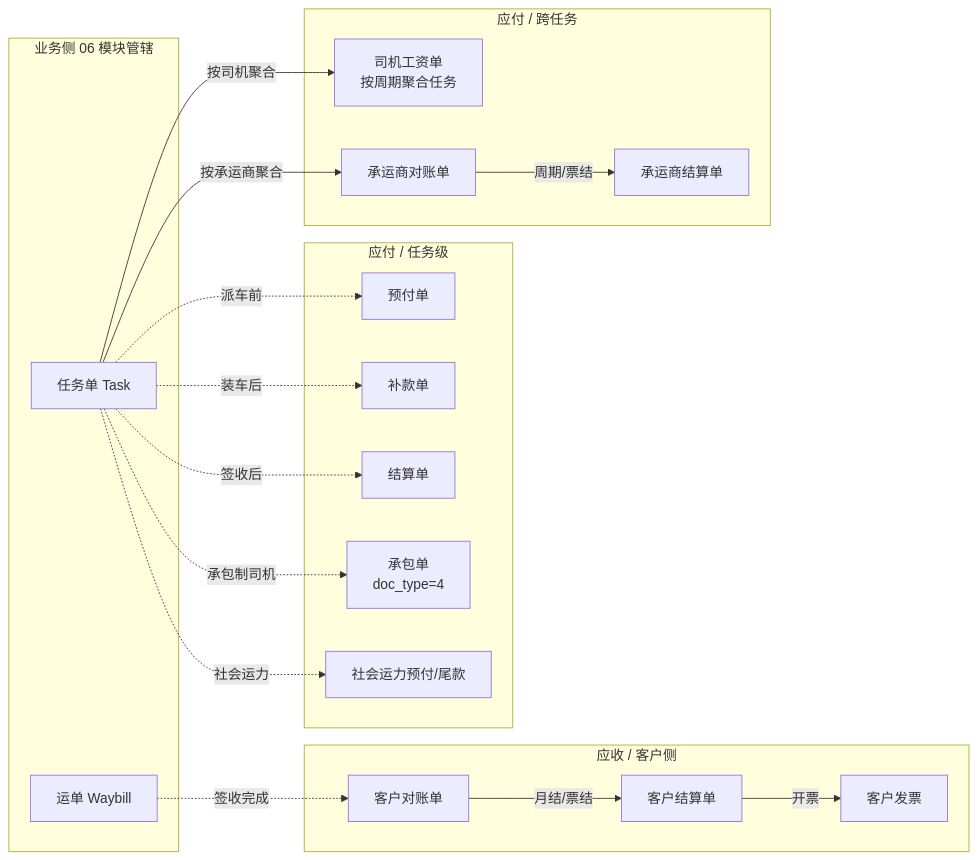
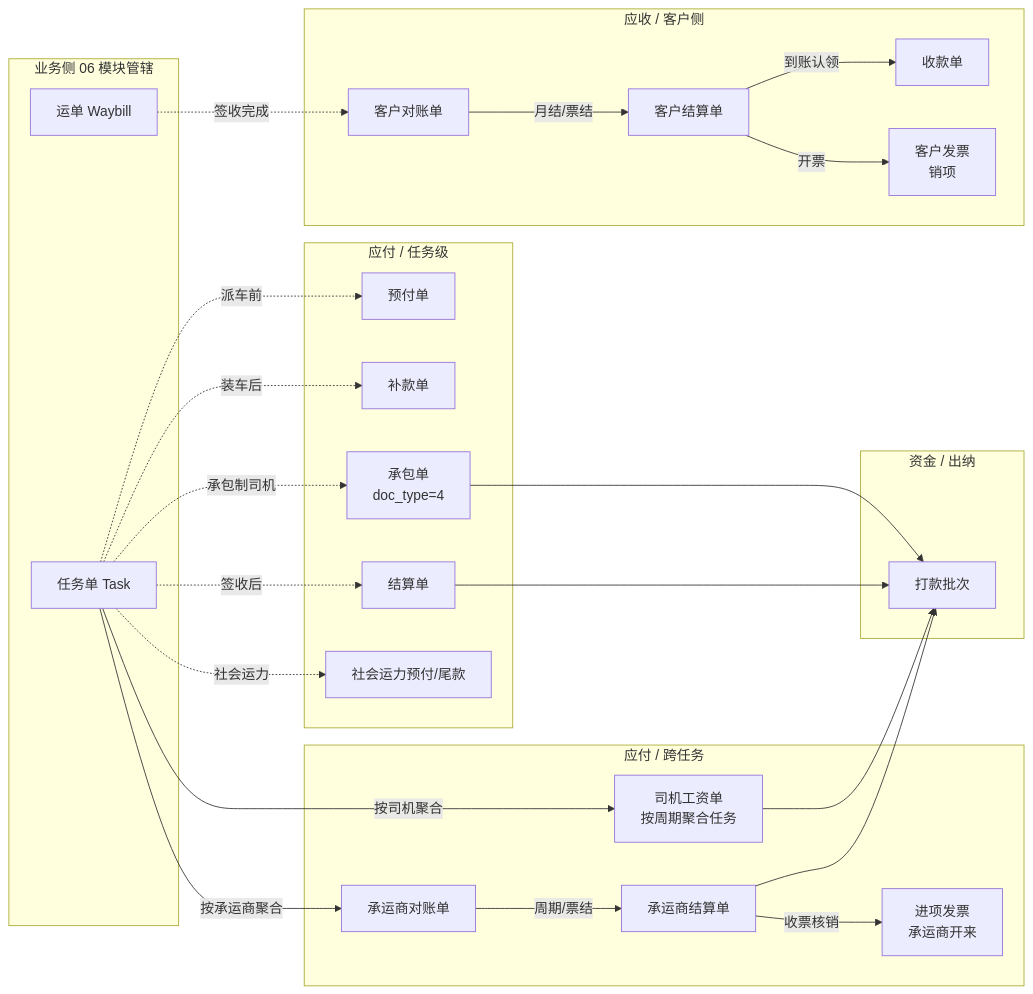
One commit to lei-happy/duoling changed the first of 2 diagrams in doc/02.需求文档/02.企业端/07.财务结算模块/00.模块总览.md. Above: the diagram before and after it, drawn with Mermaid. The commit also changed other lines of this file and 207 other files, not shown here.

````diff
--- a/doc/02.需求文档/02.企业端/07.财务结算模块/00.模块总览.md
+++ b/doc/02.需求文档/02.企业端/07.财务结算模块/00.模块总览.md
@@ -66,41 +82,54 @@
 ```mermaid
 flowchart LR
     subgraph biz [业务侧 06 模块管辖]
         Wb["运单 Waybill"]
         Task["任务单 Task"]
     end
 
     subgraph fin_recv [应收 / 客户侧]
         CustRec["客户对账单"]
         CustSet["客户结算单"]
-        CustInv["客户发票"]
+        Receipt["收款单"]
+        CustInv["客户发票<br/>销项"]
     end
 
     subgraph fin_pay_task [应付 / 任务级]
         Prepay["预付单"]
         Supplement["补款单"]
         Settle["结算单"]
         Contract["承包单<br/>doc_type=4"]
         SocialPrepay["社会运力预付/尾款"]
     end
 
     subgraph fin_pay_long [应付 / 跨任务]
         DriverPay["司机工资单<br/>按周期聚合任务"]
         CarRec["承运商对账单"]
         CarSet["承运商结算单"]
+        VendInv["进项发票<br/>承运商开来"]
+    end
+
+    subgraph fin_fund [资金 / 出纳]
+        PayBatch["打款批次"]
     end
 
     Wb -.签收完成.-> CustRec
     CustRec -- 月结/票结 --> CustSet
+    CustSet -- 到账认领 --> Receipt
     CustSet -- 开票 --> CustInv
 
     Task -.派车前.-> Prepay
     Task -.装车后.-> Supplement
     Task -.签收后.-> Settle
     Task -.承包制司机.-> Contract
     Task -.社会运力.-> SocialPrepay
 
     Task -- 按司机聚合 --> DriverPay
     Task -- 按承运商聚合 --> CarRec
     CarRec -- 周期/票结 --> CarSet
+    CarSet -- 收票核销 --> VendInv
+
+    Settle --> PayBatch
+    Contract --> PayBatch
+    CarSet --> PayBatch
+    DriverPay --> PayBatch
 ```
````
